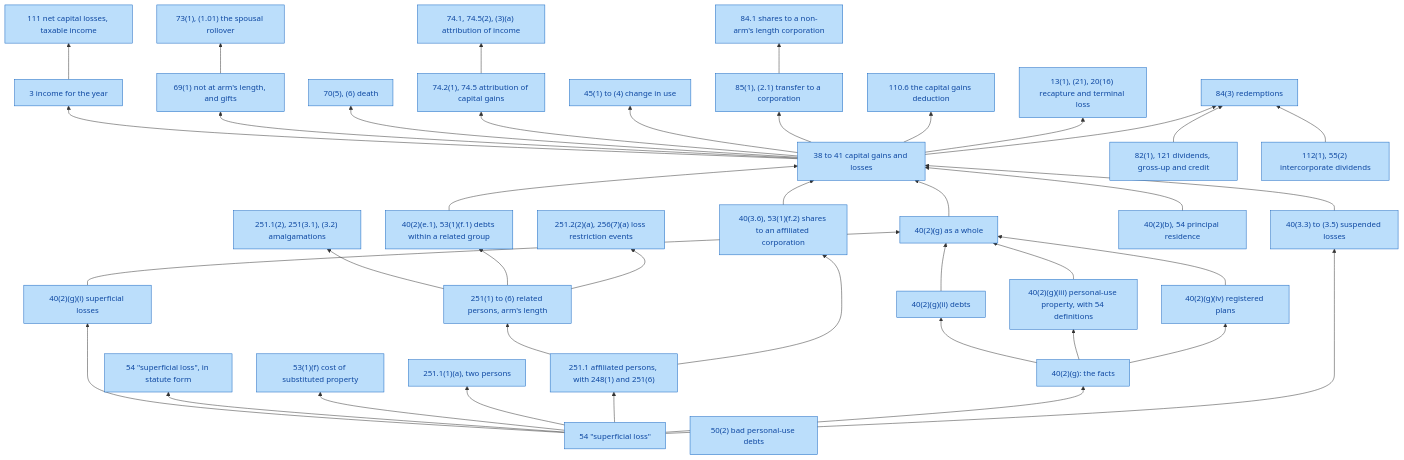
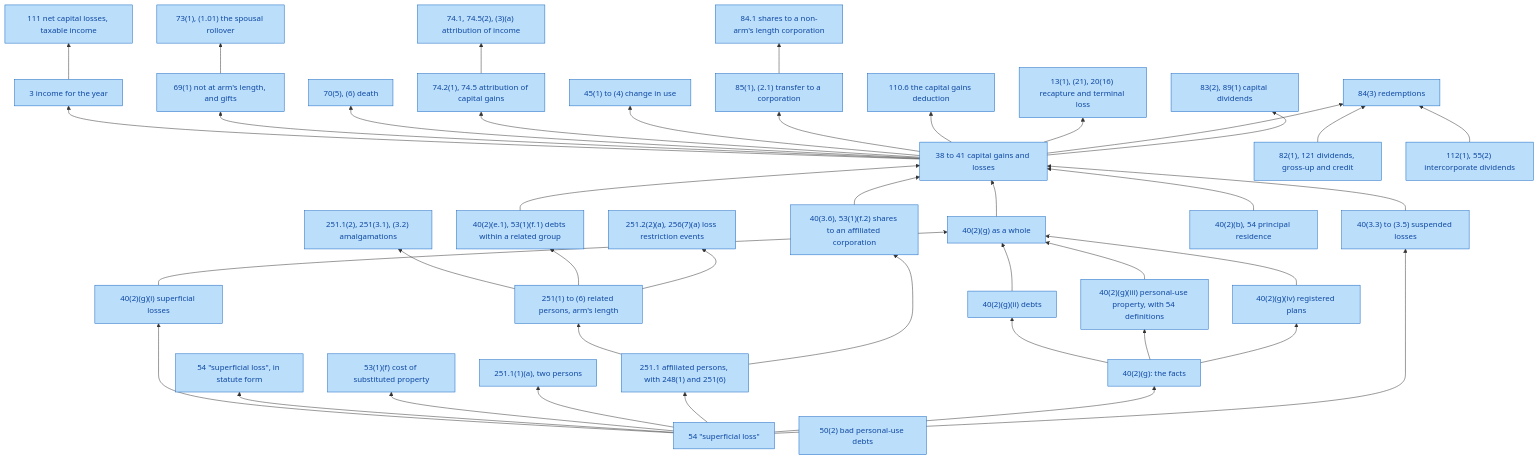
Before and after one commit to SeanWMurray/Canteen: the diagram in docs/graphs/provisions.md, drawn with Mermaid. The commit also changed 14 other files, not shown here.

First line of the commit message:
Encode capital dividends: 83(2) and 89(1) "capital dividend account"

````diff
--- a/docs/graphs/provisions.md
+++ b/docs/graphs/provisions.md
@@ -7,78 +7,80 @@
 ```mermaid
 flowchart BT
   v0["54 #quot;superficial loss#quot;"]:::prov
   v1["40(2)(g)(i) superficial losses"]:::prov
   v2["54 #quot;superficial loss#quot;, in statute form"]:::prov
   v3["53(1)(f) cost of substituted property"]:::prov
   v4["251.1(1)(a), two persons"]:::prov
   v5["251.1 affiliated persons, with 248(1) and 251(6)"]:::prov
   v6["251(1) to (6) related persons, arm's length"]:::prov
   v7["251.1(2), 251(3.1), (3.2) amalgamations"]:::prov
   v8["40(2)(g): the facts"]:::prov
   v9["40(2)(g)(ii) debts"]:::prov
   v10["40(2)(g)(iii) personal-use property, with 54 definitions"]:::prov
   v11["40(2)(g)(iv) registered plans"]:::prov
   v12["40(2)(g) as a whole"]:::prov
   v13["40(3.3) to (3.5) suspended losses"]:::prov
   v14["40(3.6), 53(1)(f.2) shares to an affiliated corporation"]:::prov
   v15["40(2)(e.1), 53(1)(f.1) debts within a related group"]:::prov
   v16["40(2)(b), 54 principal residence"]:::prov
   v17["38 to 41 capital gains and losses"]:::prov
   v18["3 income for the year"]:::prov
   v19["111 net capital losses, taxable income"]:::prov
   v20["69(1) not at arm's length, and gifts"]:::prov
   v21["73(1), (1.01) the spousal rollover"]:::prov
   v22["70(5), (6) death"]:::prov
   v23["74.2(1), 74.5 attribution of capital gains"]:::prov
   v24["45(1) to (4) change in use"]:::prov
   v25["85(1), (2.1) transfer to a corporation"]:::prov
   v26["84.1 shares to a non-arm's length corporation"]:::prov
   v27["110.6 the capital gains deduction"]:::prov
   v28["251.2(2)(a), 256(7)(a) loss restriction events"]:::prov
   v29["74.1, 74.5(2), (3)(a) attribution of income"]:::prov
   v30["82(1), 121 dividends, gross-up and credit"]:::prov
   v31["112(1), 55(2) intercorporate dividends"]:::prov
   v32["13(1), (21), 20(16) recapture and terminal loss"]:::prov
   v33["84(3) redemptions"]:::prov
-  v34["50(2) bad personal-use debts"]:::prov
+  v34["83(2), 89(1) capital dividends"]:::prov
+  v35["50(2) bad personal-use debts"]:::prov
   v0 --> v1
   v0 --> v2
   v0 --> v3
   v0 --> v4
   v0 --> v5
   v5 --> v6
   v6 --> v7
   v0 --> v8
   v8 --> v9
   v8 --> v10
   v8 --> v11
   v9 --> v12
   v10 --> v12
   v11 --> v12
   v1 --> v12
   v0 --> v13
   v5 --> v14
   v6 --> v15
   v12 --> v17
   v13 --> v17
   v14 --> v17
   v15 --> v17
   v16 --> v17
   v17 --> v18
   v18 --> v19
   v17 --> v20
   v20 --> v21
   v17 --> v22
   v17 --> v23
   v17 --> v24
   v17 --> v25
   v25 --> v26
   v17 --> v27
   v6 --> v28
   v23 --> v29
   v17 --> v32
   v17 --> v33
   v30 --> v33
   v31 --> v33
+  v17 --> v34
   classDef prov fill:#bbdefb,stroke:#1565c0,color:#0d47a1
 ```
````
